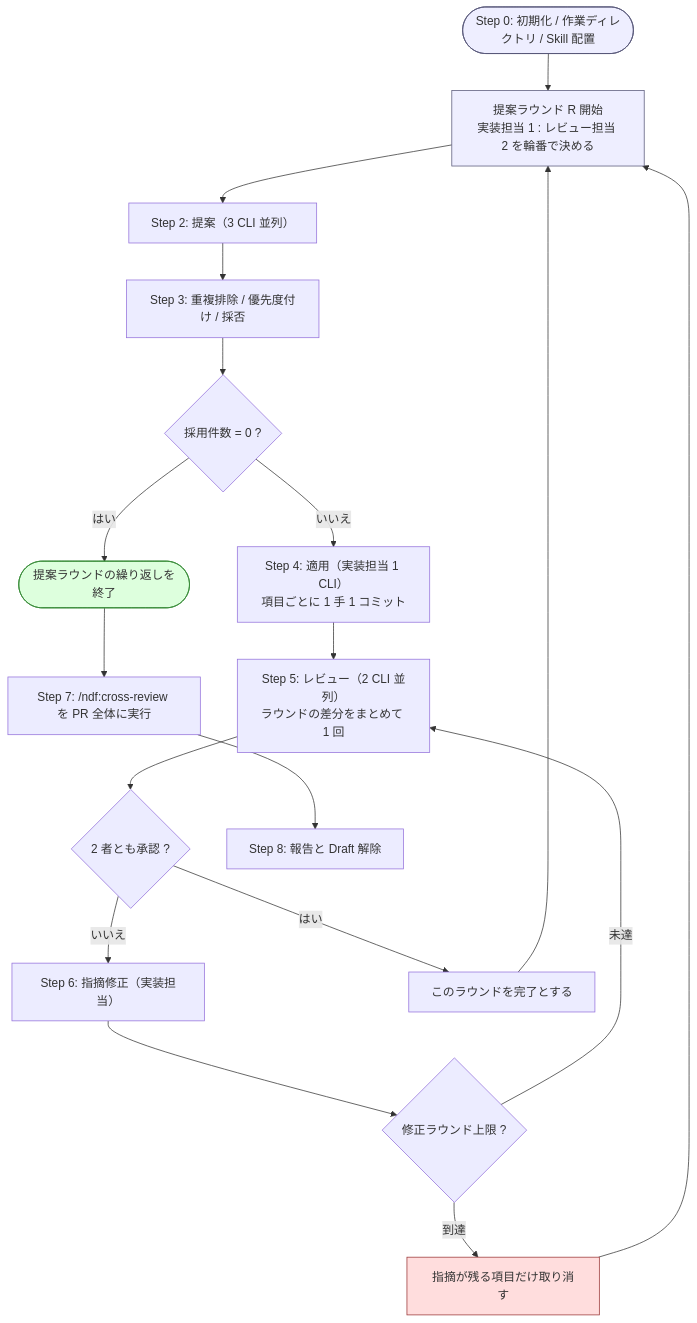
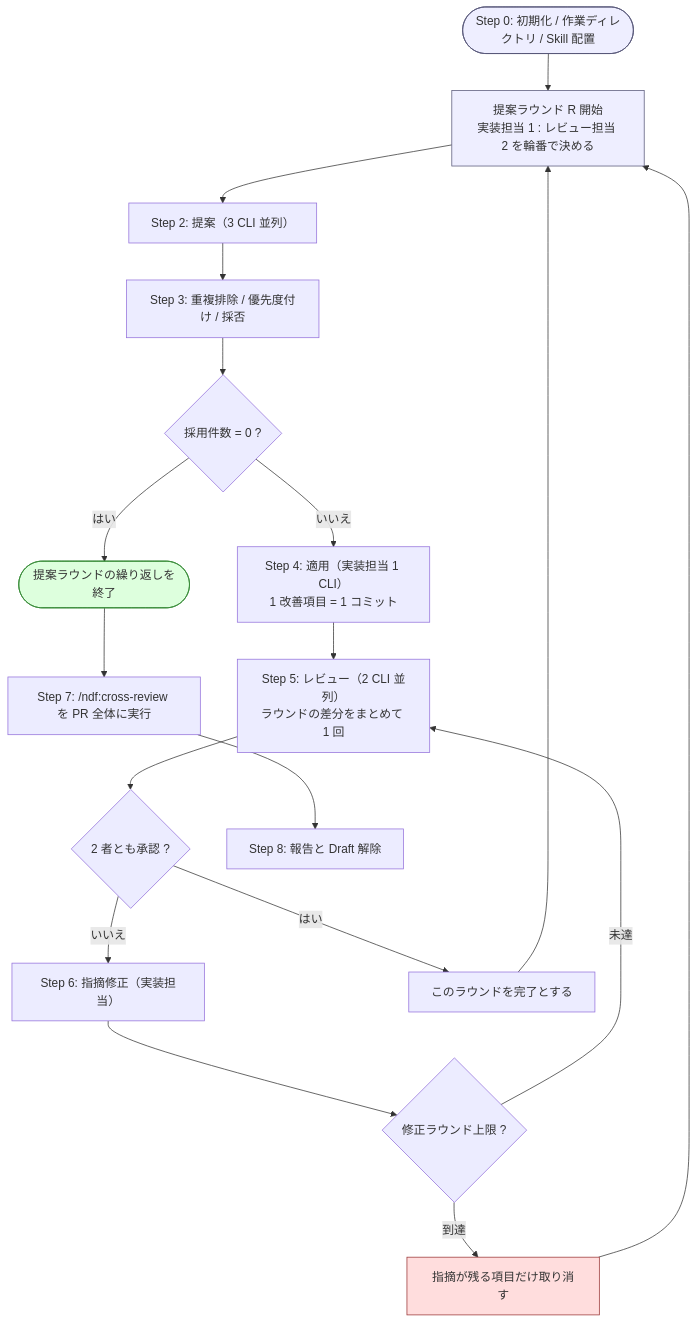
Before and after one commit to devbasex/ai-plugins: the diagram in plugins/ndf-codex/skills/cross-refactoring/SKILL.md, drawn with Mermaid. The commit also changed other lines of this file and 56 other files, not shown here.

````diff
--- a/plugins/ndf-codex/skills/cross-refactoring/SKILL.md
+++ b/plugins/ndf-codex/skills/cross-refactoring/SKILL.md
@@ -122,26 +125,26 @@
 ```mermaid
 flowchart TD
     Init([Step 0: 初期化 / 作業ディレクトリ / Skill 配置]):::phase --> Round
     Round["提案ラウンド R 開始<br/>実装担当 1 : レビュー担当 2 を輪番で決める"]:::phase --> Propose
     Propose["Step 2: 提案（3 CLI 並列）"]
     Propose --> Merge["Step 3: 重複排除 / 優先度付け / 採否"]
     Merge --> Empty{"採用件数 = 0 ?"}
     Empty -->|はい| Final([提案ラウンドの繰り返しを終了]):::ok
     Empty -->|いいえ| Apply
-    Apply["Step 4: 適用（実装担当 1 CLI）<br/>項目ごとに 1 手 1 コミット"]
+    Apply["Step 4: 適用（実装担当 1 CLI）<br/>1 改善項目 = 1 コミット"]
     Apply --> Review["Step 5: レビュー（2 CLI 並列）<br/>ラウンドの差分をまとめて 1 回"]
     Review --> Judge{"2 者とも承認 ?"}
     Judge -->|いいえ| Fix["Step 6: 指摘修正（実装担当）"]
     Fix --> FixCap{"修正ラウンド上限 ?"}
     FixCap -->|未達| Review
     FixCap -->|到達| Abandon["指摘が残る項目だけ取り消す"]:::stop
     Judge -->|はい| Done["このラウンドを完了とする"]
     Abandon --> Round
     Done --> Round
     Final --> Gate["Step 7: /ndf:cross-review を PR 全体に実行"]
     Gate --> Report["Step 8: 報告と Draft 解除"]
 
     classDef phase fill:#eef,stroke:#557
     classDef ok fill:#dfd,stroke:#383
     classDef stop fill:#fdd,stroke:#933
 ```
````
